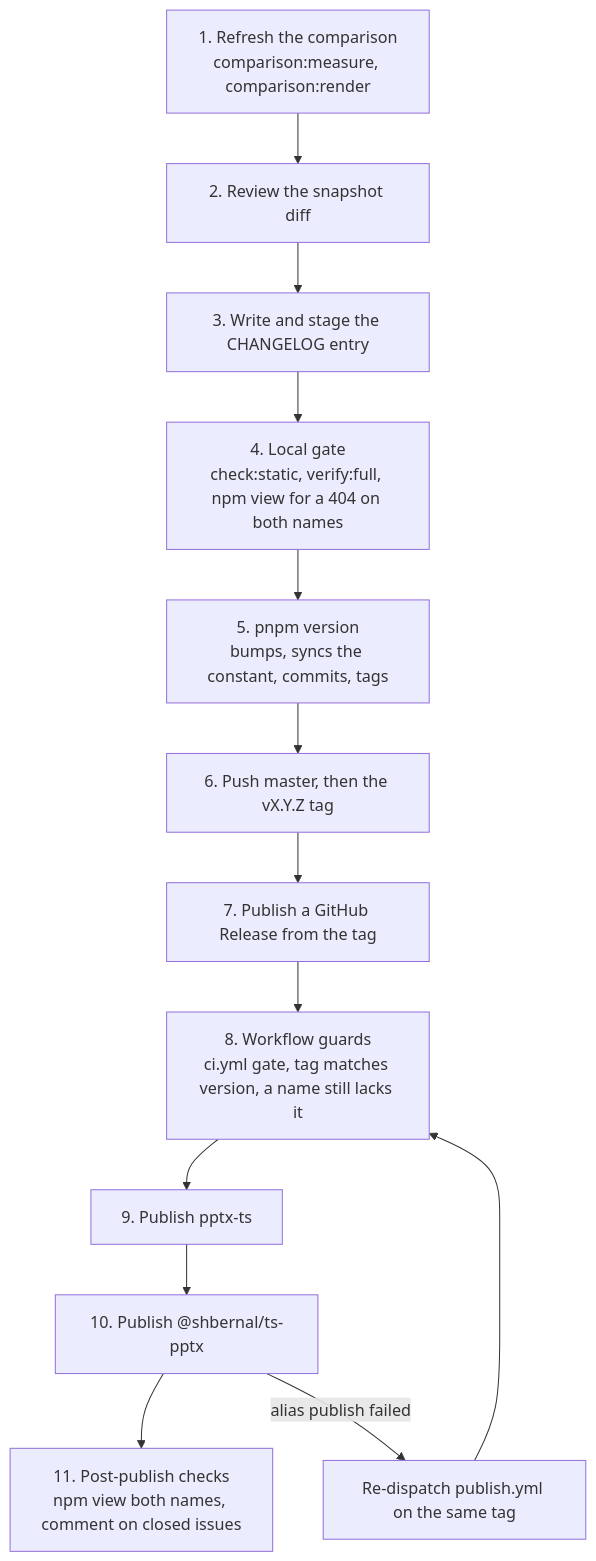
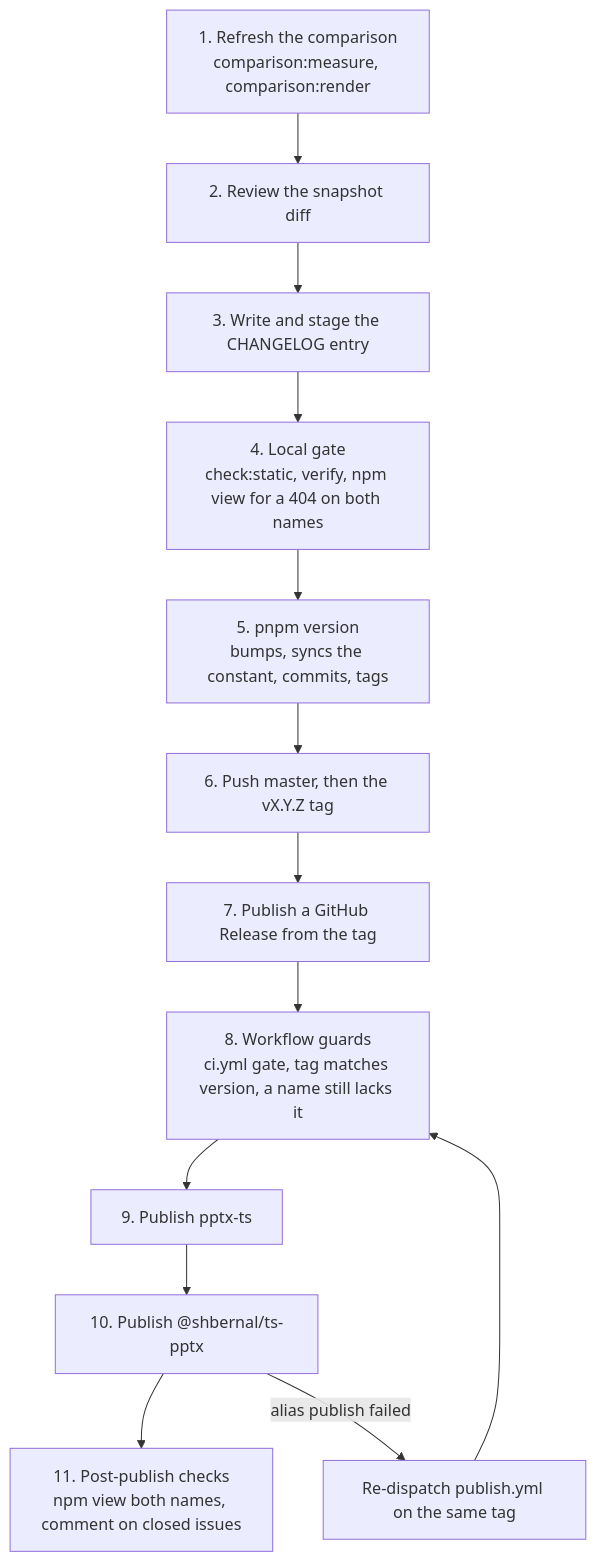
Before and after one commit to shbernal/pptx-ts: the diagram in docs/contributing/releasing.md, drawn with Mermaid. The commit also changed other lines of this file and 25 other files, not shown here.

First line of the commit message:
docs(contributing): leave verify:full to CI, drop AGENTS.md references

````diff
--- a/docs/contributing/releasing.md
+++ b/docs/contributing/releasing.md
@@ -26,15 +26,15 @@
 ```mermaid
 flowchart TD
   s1["1. Refresh the comparison<br/>comparison:measure, comparison:render"] --> s2["2. Review the snapshot diff"]
   s2 --> s3["3. Write and stage the CHANGELOG entry"]
-  s3 --> s4["4. Local gate<br/>check:static, verify:full, npm view for a 404 on both names"]
+  s3 --> s4["4. Local gate<br/>check:static, verify, npm view for a 404 on both names"]
   s4 --> s5["5. pnpm version<br/>bumps, syncs the constant, commits, tags"]
   s5 --> s6["6. Push master, then the vX.Y.Z tag"]
   s6 --> s7["7. Publish a GitHub Release from the tag"]
   s7 --> s8["8. Workflow guards<br/>ci.yml gate, tag matches version, a name still lacks it"]
   s8 --> s9["9. Publish pptx-ts"]
   s9 --> s10["10. Publish @shbernal/ts-pptx"]
   s10 --> s11["11. Post-publish checks<br/>npm view both names, comment on closed issues"]
   s10 -- "alias publish failed" --> retry["Re-dispatch publish.yml on the same tag"]
   retry --> s8
 ```
````
